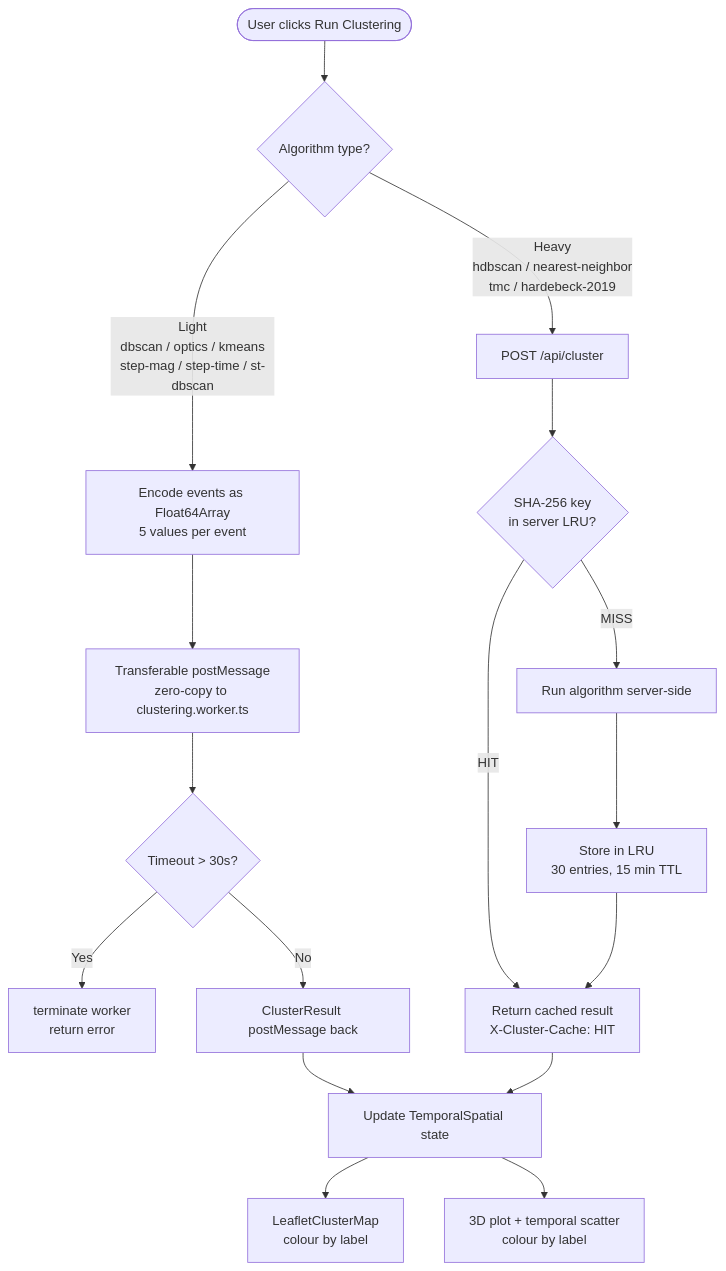
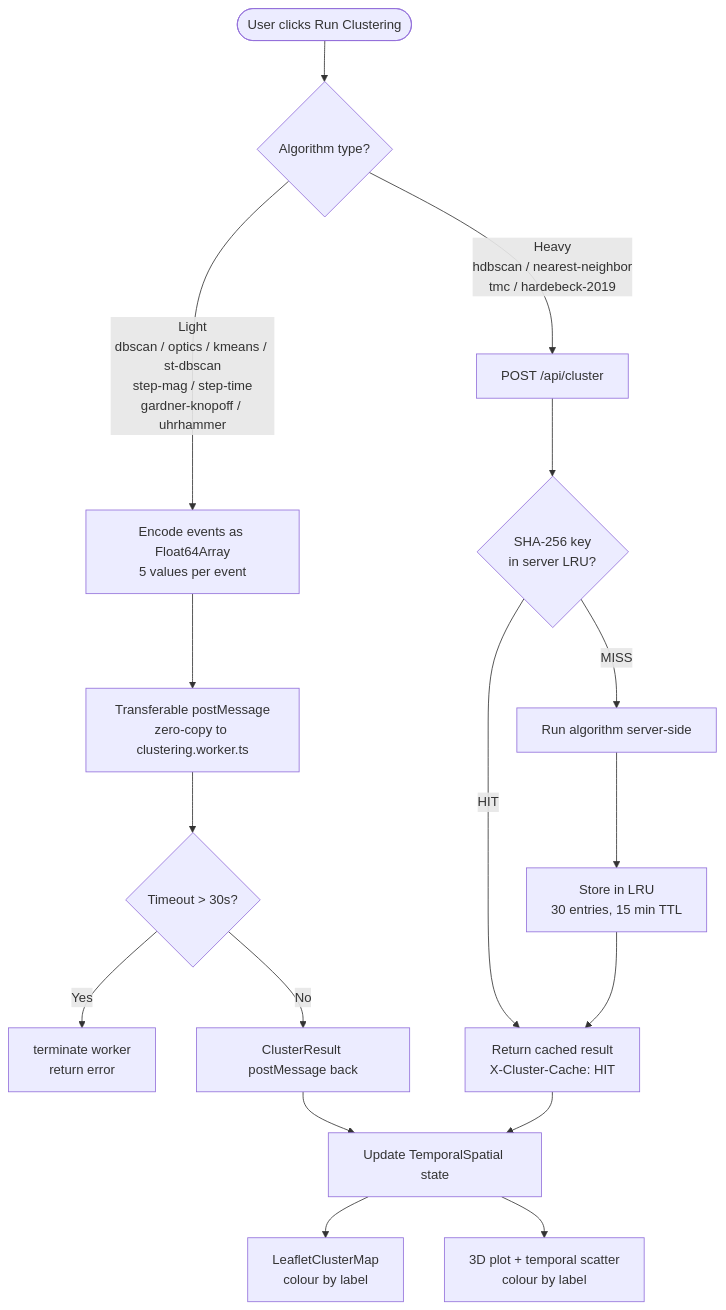
One commit to KennyGraham1/ESNZ-ForecastApp changed the fifth of 5 diagrams in docs/data-flow.md. Above: the diagram before and after it, drawn with Mermaid. The commit also changed other lines of this file and 26 other files, not shown here.

````diff
--- a/docs/data-flow.md
+++ b/docs/data-flow.md
@@ -182,22 +182,22 @@
 ```mermaid
 flowchart TD
     A([User clicks Run Clustering]) --> B{Algorithm type?}
 
-    B -- Light\ndbscan / optics / kmeans\nstep-mag / step-time / st-dbscan --> C[Encode events as Float64Array\n5 values per event]
+    B -- Light\ndbscan / optics / kmeans / st-dbscan\nstep-mag / step-time\ngardner-knopoff / uhrhammer --> C[Encode events as Float64Array\n5 values per event]
     C --> D[Transferable postMessage\nzero-copy to clustering.worker.ts]
     D --> E{Timeout > 30s?}
     E -- Yes --> F[terminate worker\nreturn error]
     E -- No --> G[ClusterResult postMessage back]
 
     B -- Heavy\nhdbscan / nearest-neighbor\ntmc / hardebeck-2019 --> H[POST /api/cluster]
     H --> I{SHA-256 key\nin server LRU?}
     I -- HIT --> J[Return cached result\nX-Cluster-Cache: HIT]
     I -- MISS --> K[Run algorithm server-side]
     K --> L[Store in LRU\n30 entries, 15 min TTL]
     L --> J
 
     G --> M[Update TemporalSpatial state]
     J --> M
     M --> N[LeafletClusterMap\ncolour by label]
     M --> O[3D plot + temporal scatter\ncolour by label]
 ```
````
